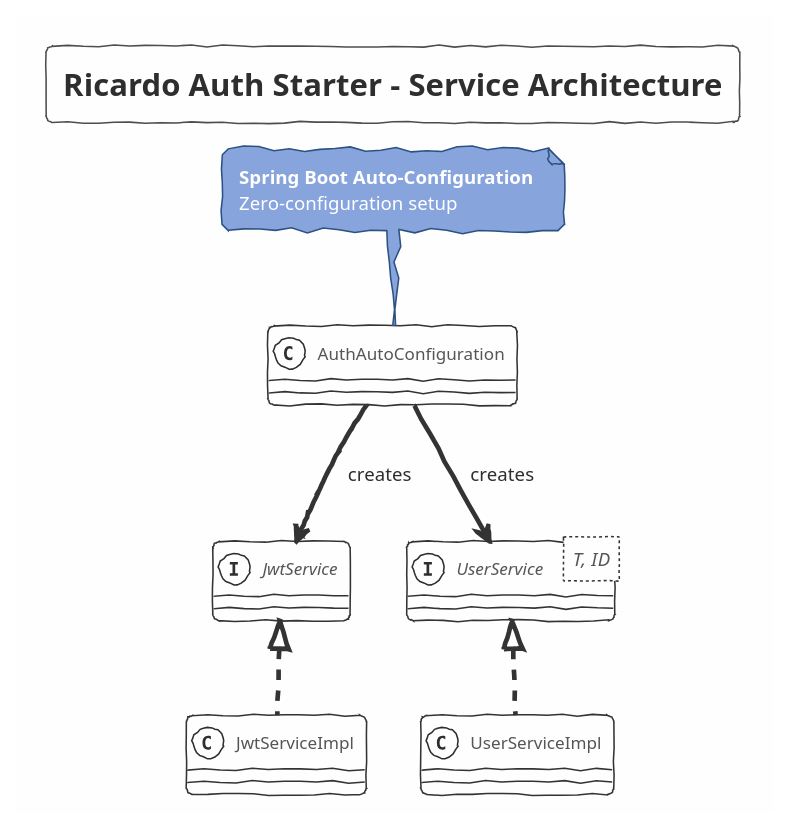
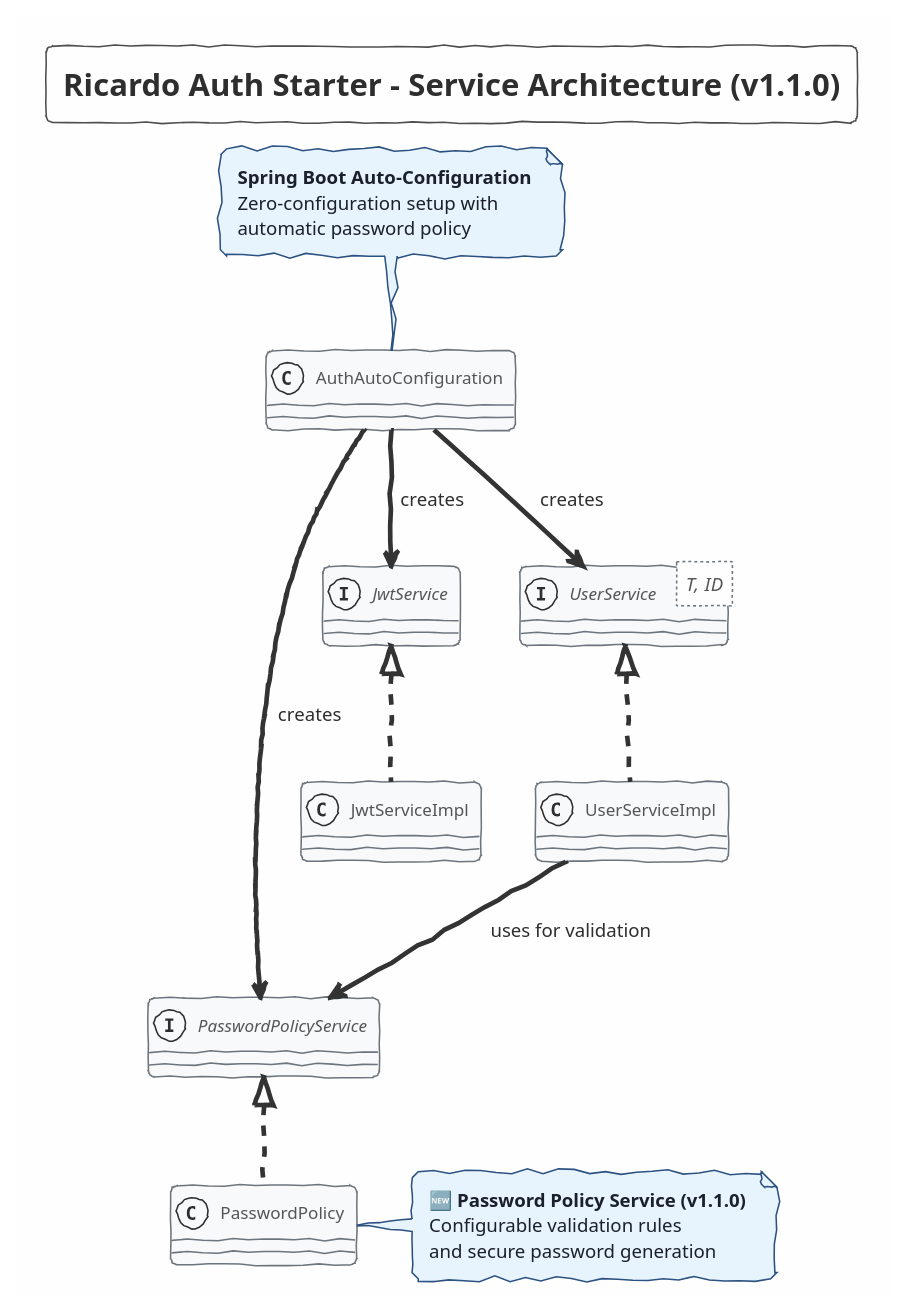
The diagram in docs/class-diagram/partial/services/service-arquitechture.puml (RicardoMorim/Auth-Provider), drawn with PlantUML before and after one commit. The commit also changed 8 other files, not shown here.

First line of the commit message:
Enhance service architecture diagram for Ricardo Auth Starter

```diff
--- a/docs/class-diagram/partial/services/service-arquitechture.puml
+++ b/docs/class-diagram/partial/services/service-arquitechture.puml
@@ -1,26 +1,41 @@
 @startuml Auth Starter - Service Architecture
 
 !theme sketchy-outline
 skinparam backgroundColor #FEFEFE
-skinparam noteBackgroundColor #88A4DD
+skinparam classBackgroundColor #F8F9FA
+skinparam classBorderColor #6C757D
+skinparam noteBackgroundColor #E8F4FD
 skinparam noteBorderColor #2C5282
+skinparam noteFontColor #1A202C
 
-title Ricardo Auth Starter - Service Architecture
+title Ricardo Auth Starter - Service Architecture (v1.1.0)
 
 interface "UserService<T, ID>" as UserService
 interface JwtService
+interface PasswordPolicyService
 class UserServiceImpl
 class JwtServiceImpl
+class PasswordPolicy
 class AuthAutoConfiguration
 
 UserServiceImpl .up.|> UserService
 JwtServiceImpl .up.|> JwtService
+PasswordPolicy .up.|> PasswordPolicyService
 AuthAutoConfiguration --> UserService : creates
 AuthAutoConfiguration --> JwtService : creates
+AuthAutoConfiguration --> PasswordPolicyService : creates
+UserServiceImpl --> PasswordPolicyService : uses for validation
 
 note top of AuthAutoConfiguration
   **Spring Boot Auto-Configuration**
-  Zero-configuration setup
+  Zero-configuration setup with
+  automatic password policy
+end note
+
+note right of PasswordPolicy
+  **🆕 Password Policy Service (v1.1.0)**
+  Configurable validation rules
+  and secure password generation
 end note
 
 @enduml
```
